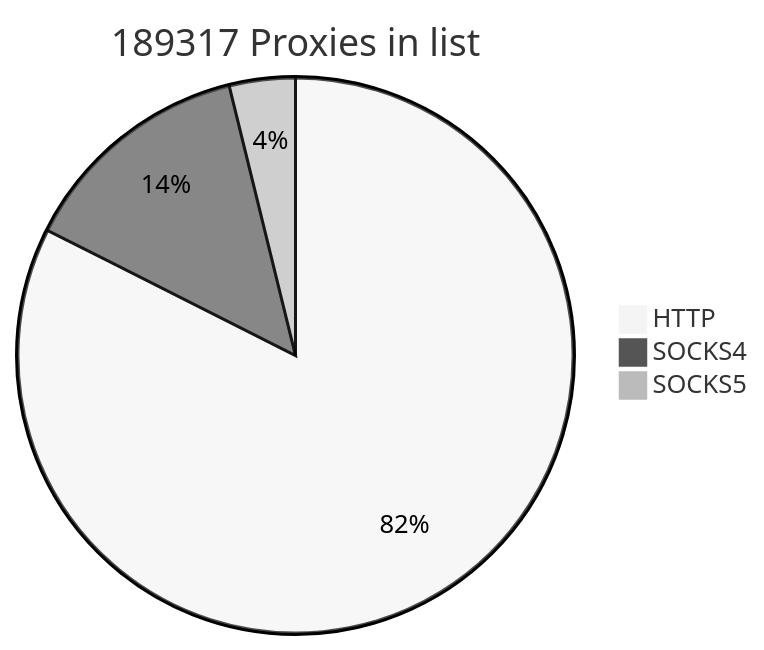
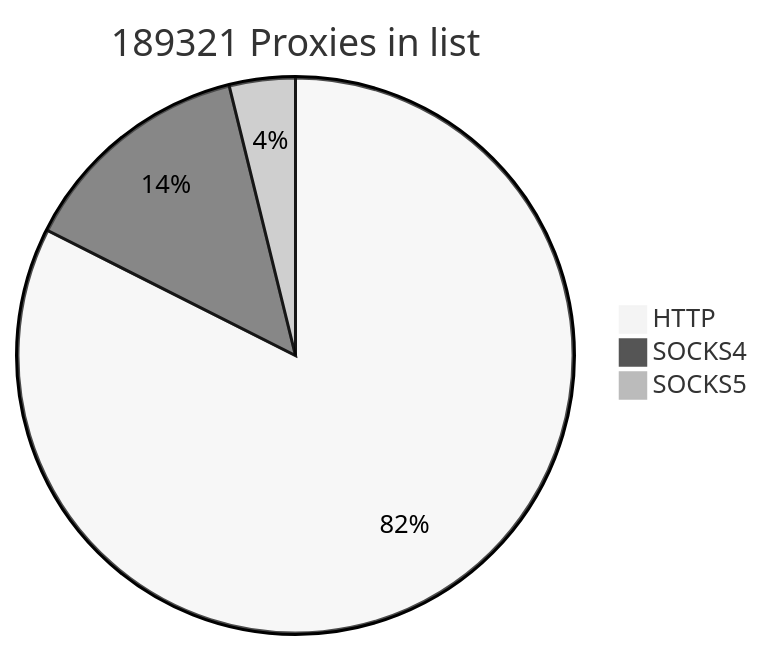
One commit to cutipu/proxylist changed the first of 2 diagrams in README.md. Above: the diagram before and after it, drawn with Mermaid (neutral theme). The commit also changed other lines of this file, not shown here.

````diff
--- a/README.md
+++ b/README.md
@@ -2,7 +2,7 @@
 ```mermaid
-pie title 189317 Proxies in list
+pie title 189321 Proxies in list
     "HTTP" : 156070
-    "SOCKS4" : 25985
-    "SOCKS5" : 7262
+    "SOCKS4" : 25988
+    "SOCKS5" : 7263
             
 ```
````
